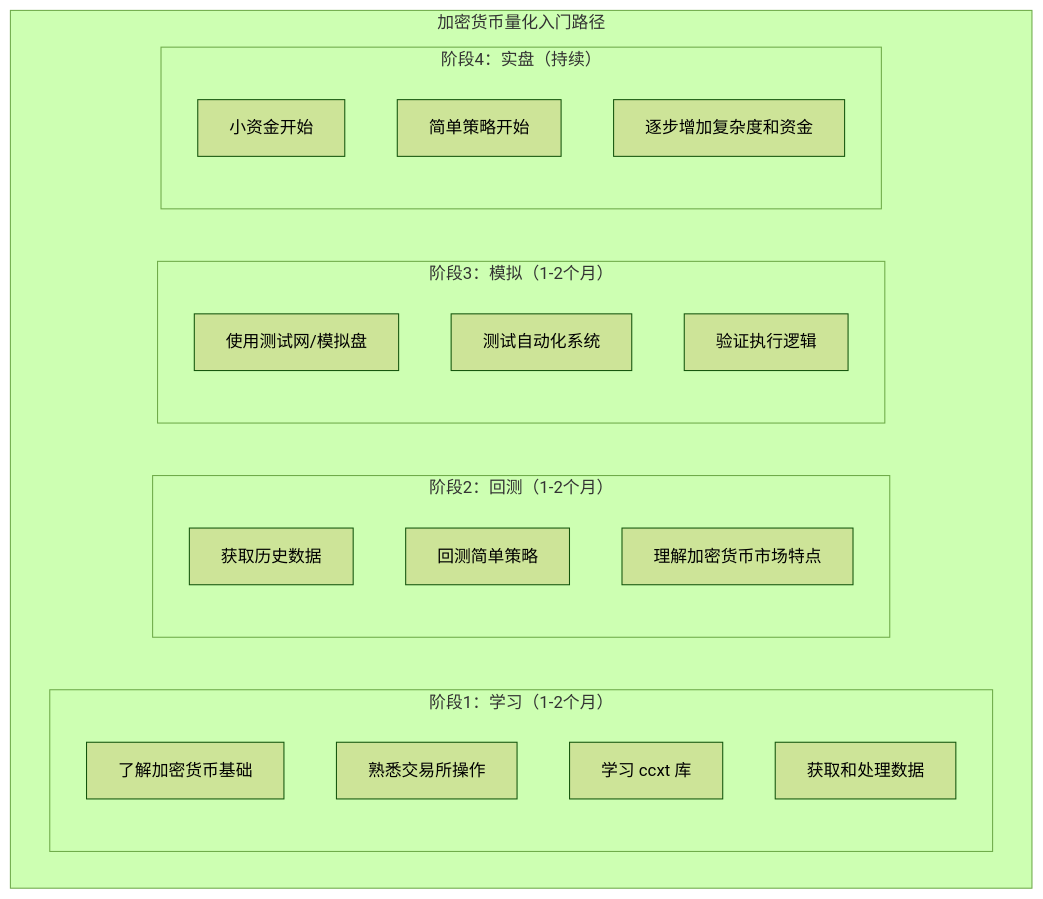
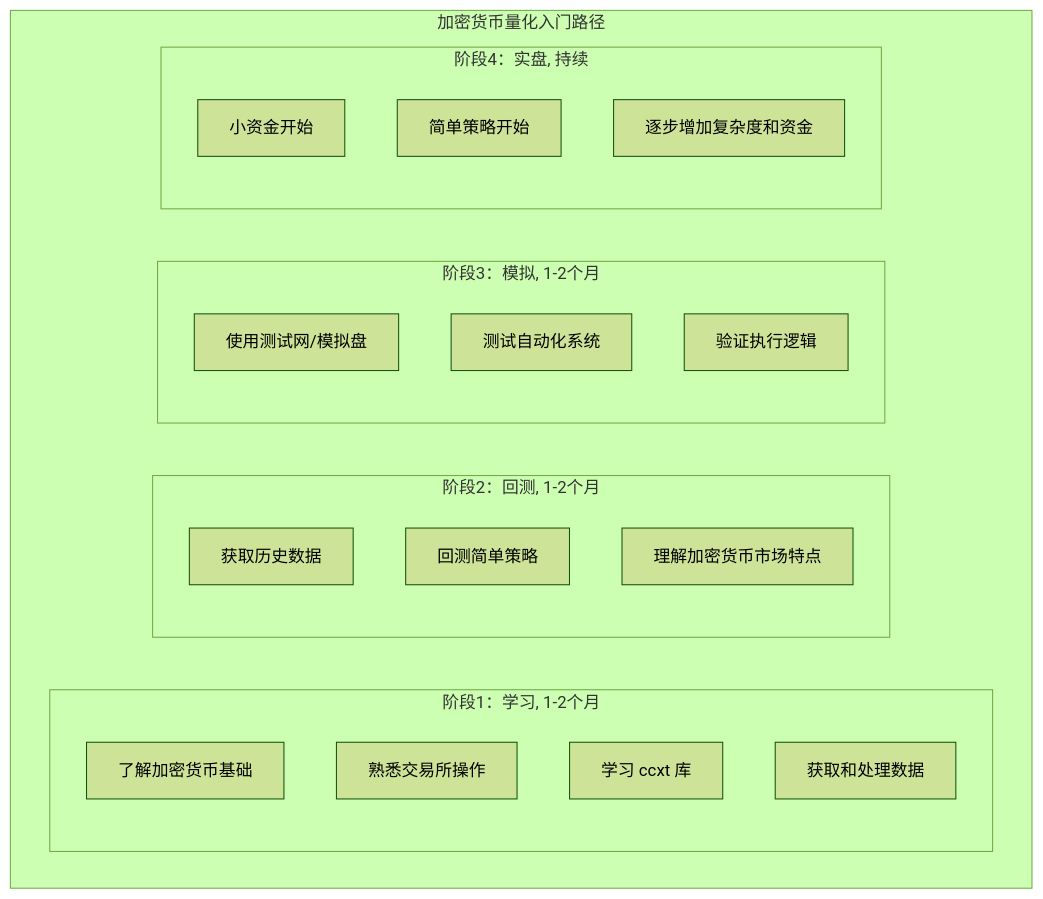
One commit to jpixy/jpixy.github.io changed the fourth of 5 diagrams in content/articles/quant/quant-11-加密货币量化.md. Above: the diagram before and after it, drawn with Mermaid (forest theme). The commit also changed other lines of this file and 66 other files, not shown here.

Commit message:
fix: resolve Mermaid syntax errors by removing parentheses in node labels

````diff
--- a/content/articles/quant/quant-11-加密货币量化.md
+++ b/content/articles/quant/quant-11-加密货币量化.md
@@ -386,26 +386,26 @@
 ```mermaid
 graph TB
     subgraph 入门路径["加密货币量化入门路径"]
-        subgraph 阶段1["阶段1：学习（1-2个月）"]
+        subgraph 阶段1["阶段1：学习, 1-2个月"]
             X1["了解加密货币基础"]
             X2["熟悉交易所操作"]
             X3["学习 ccxt 库"]
             X4["获取和处理数据"]
         end
-        subgraph 阶段2["阶段2：回测（1-2个月）"]
+        subgraph 阶段2["阶段2：回测, 1-2个月"]
             H1["获取历史数据"]
             H2["回测简单策略"]
             H3["理解加密货币市场特点"]
         end
-        subgraph 阶段3["阶段3：模拟（1-2个月）"]
+        subgraph 阶段3["阶段3：模拟, 1-2个月"]
             M1["使用测试网/模拟盘"]
             M2["测试自动化系统"]
             M3["验证执行逻辑"]
         end
-        subgraph 阶段4["阶段4：实盘（持续）"]
+        subgraph 阶段4["阶段4：实盘, 持续"]
             S1["小资金开始"]
             S2["简单策略开始"]
             S3["逐步增加复杂度和资金"]
         end
     end
 ```
````
